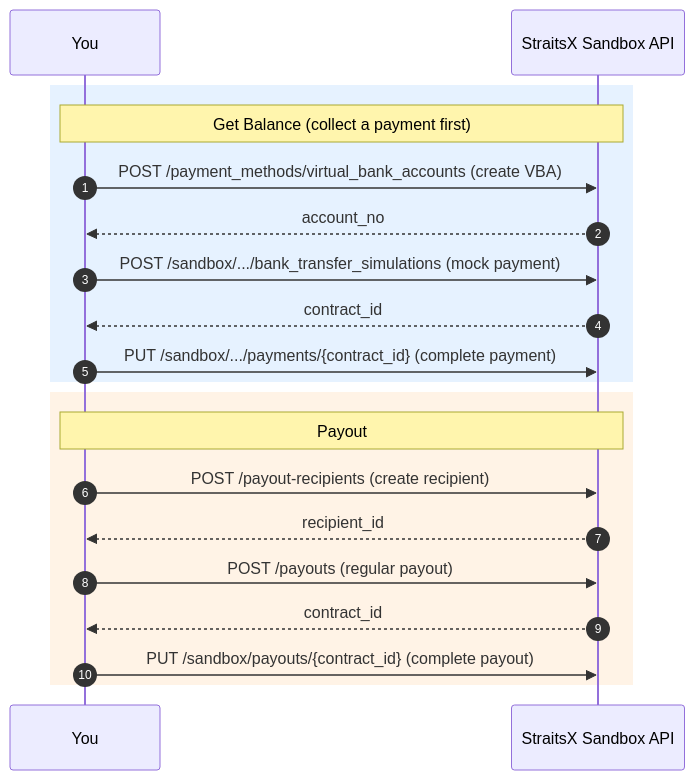
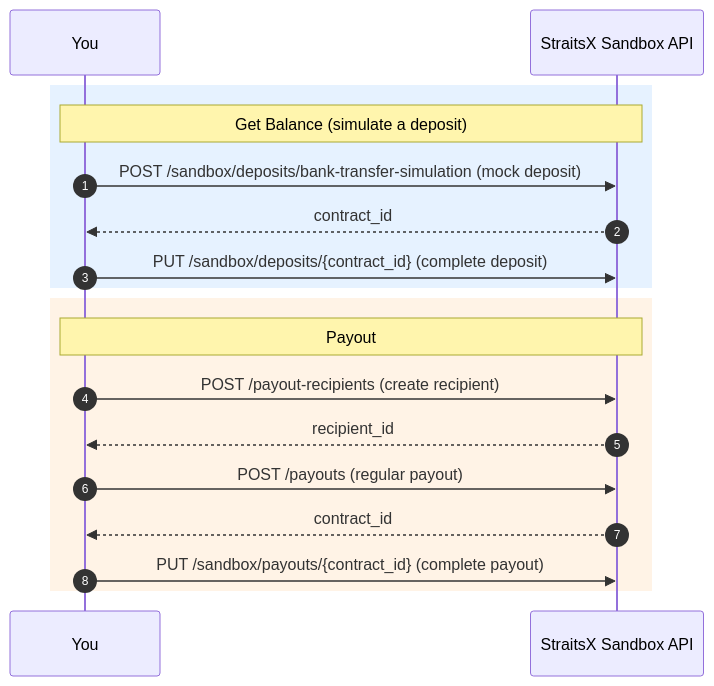
Before and after one commit to StraitsX/straitsx-ai: the third of 3 diagrams in skills/straitsx-sandbox-testing/SKILL.md, drawn with Mermaid. The commit also changed other lines of this file, not shown here.

First line of the commit message:
Flow improvements to straitsx-sandbox-testing skill (#14)

````diff
--- a/skills/straitsx-sandbox-testing/SKILL.md
+++ b/skills/straitsx-sandbox-testing/SKILL.md
@@ -161,24 +225,22 @@
 ```mermaid
 sequenceDiagram
     autonumber
     participant You
     participant API as StraitsX Sandbox API
 
     rect rgb(230, 242, 255)
-    Note over You, API: Get Balance (collect a payment first)
-    You->>API: POST /payment_methods/virtual_bank_accounts (create VBA)
-    API-->>You: account_no
-    You->>API: POST /sandbox/.../bank_transfer_simulations (mock payment)
+    Note over You, API: Get Balance (simulate a deposit)
+    You->>API: POST /sandbox/deposits/bank-transfer-simulation (mock deposit)
     API-->>You: contract_id
-    You->>API: PUT /sandbox/.../payments/{contract_id} (complete payment)
+    You->>API: PUT /sandbox/deposits/{contract_id} (complete deposit)
     end
 
     rect rgb(255, 243, 230)
     Note over You, API: Payout
     You->>API: POST /payout-recipients (create recipient)
     API-->>You: recipient_id
     You->>API: POST /payouts (regular payout)
     API-->>You: contract_id
     You->>API: PUT /sandbox/payouts/{contract_id} (complete payout)
     end
 ```
````
